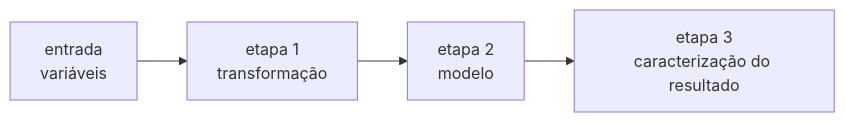
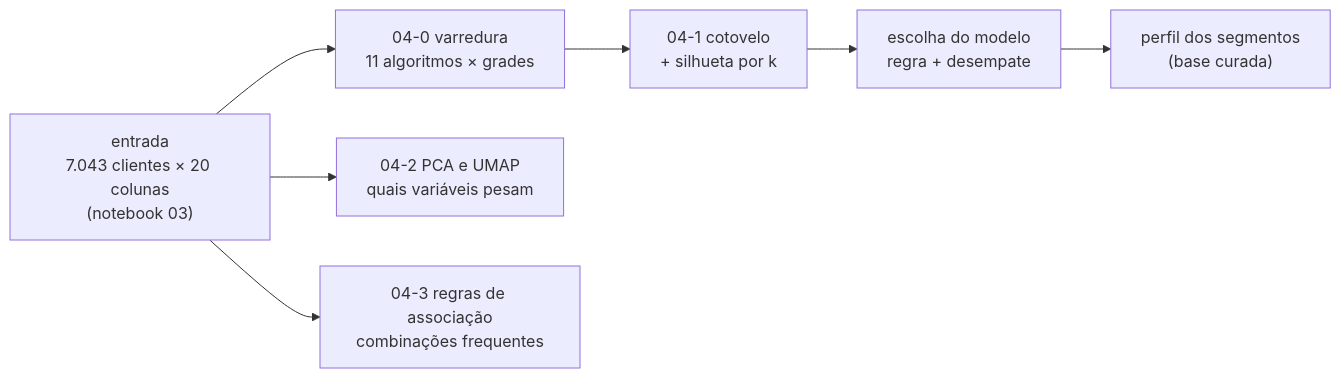
The diagram in docs/modelagem.md (stevens-castro/projeto-retencao-clientes-telecom), drawn with Mermaid before and after one commit. The commit also changed other lines of this file and 119 other files, not shown here.

````diff
--- a/docs/modelagem.md
+++ b/docs/modelagem.md
@@ -68,6 +88,9 @@
 ```mermaid
 flowchart LR
-    A["entrada<br/>variáveis"] --> B["etapa 1<br/>transformação"]
-    B --> C["etapa 2<br/>modelo"]
-    C --> D["etapa 3<br/>caracterização do resultado"]
+    A["entrada<br/>7.043 clientes × 20 colunas<br/>(notebook 03)"] --> B["04-0 varredura<br/>11 algoritmos × grades"]
+    B --> C["04-1 cotovelo<br/>+ silhueta por k"]
+    C --> D["escolha do modelo<br/>regra + desempate"]
+    D --> E["perfil dos segmentos<br/>(base curada)"]
+    A --> F["04-2 PCA e UMAP<br/>quais variáveis pesam"]
+    A --> G["04-3 regras de associação<br/>combinações frequentes"]
 ```
````
